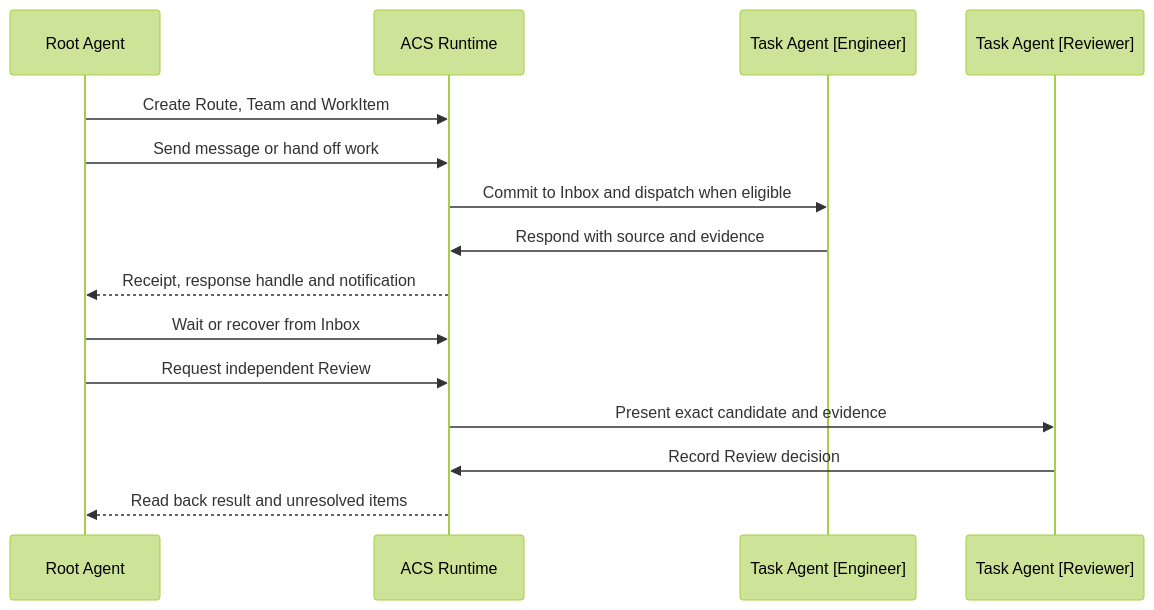
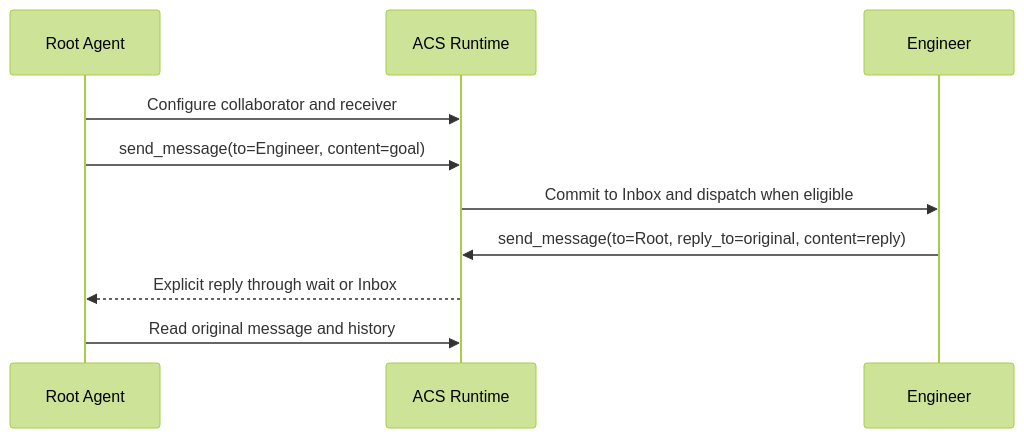
One commit to D1ChangGeng/Agent-collaboration changed the third of 3 diagrams in README.md. Above: the diagram before and after it, drawn with Mermaid (forest theme). The commit also changed other lines of this file and 40 other files, not shown here.

````diff
--- a/README.md
+++ b/README.md
@@ -174,17 +181,12 @@
 ```mermaid
 sequenceDiagram
     participant R as Root Agent
     participant C as ACS Runtime
-    participant E as Task Agent [Engineer]
-    participant V as Task Agent [Reviewer]
-    R->>C: Create Route, Team and WorkItem
-    R->>C: Send message or hand off work
+    participant E as Engineer
+    R->>C: Configure collaborator and receiver
+    R->>C: send_message(to=Engineer, content=goal)
     C->>E: Commit to Inbox and dispatch when eligible
-    E->>C: Respond with source and evidence
-    C-->>R: Receipt, response handle and notification
-    R->>C: Wait or recover from Inbox
-    R->>C: Request independent Review
-    C->>V: Present exact candidate and evidence
-    V->>C: Record Review decision
-    C-->>R: Read back result and unresolved items
+    E->>C: send_message(to=Root, reply_to=original, content=reply)
+    C-->>R: Explicit reply through wait or Inbox
+    R->>C: Read original message and history
 ```
````
